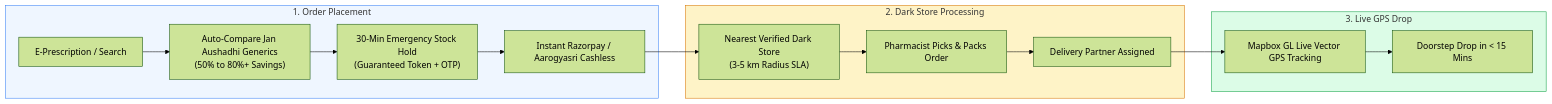
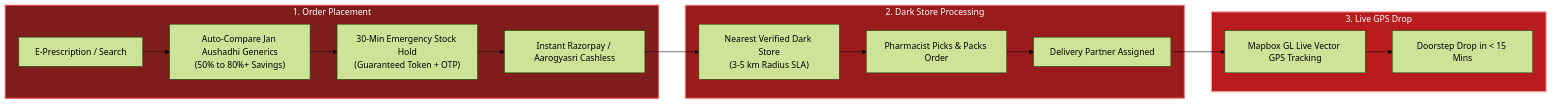
One commit to pavanstarkin-tech/sanjeevani-ai changed the seventh of 17 diagrams in README.md. Above: the diagram before and after it, drawn with Mermaid (forest theme). The commit also changed other lines of this file and 3 other files, not shown here.

Commit message:
fix(docs): resolve Mermaid parse errors and use high-contrast red boxes with white text

````diff
--- a/README.md
+++ b/README.md
@@ -471,23 +471,23 @@
 ```mermaid
 flowchart LR
     subgraph OrderPlacement["1. Order Placement"]
         Prescription["E-Prescription / Search"] --> JanAushadhi["Auto-Compare Jan Aushadhi Generics<br/>(50% to 80%+ Savings)"]
         JanAushadhi --> StockLock["30-Min Emergency Stock Hold<br/>(Guaranteed Token + OTP)"]
         StockLock --> Payment["Instant Razorpay / Aarogyasri Cashless"]
     end
 
     subgraph DarkStoreProcessing["2. Dark Store Processing"]
         Payment --> DarkStoreQueue["Nearest Verified Dark Store<br/>(3-5 km Radius SLA)"]
         DarkStoreQueue --> PickPack["Pharmacist Picks & Packs Order"]
         PickPack --> RiderAssign["Delivery Partner Assigned"]
     end
 
     subgraph LiveNavigation["3. Live GPS Drop"]
         RiderAssign --> MapboxGPS["Mapbox GL Live Vector GPS Tracking"]
         MapboxGPS --> Doorstep["Doorstep Drop in < 15 Mins"]
     end
 
-    style OrderPlacement fill:#EFF6FF,stroke:#3B82F6,stroke-width:1px
-    style DarkStoreProcessing fill:#FEF3C7,stroke:#D97706,stroke-width:1px
-    style LiveNavigation fill:#DCFCE7,stroke:#16A34A,stroke-width:1px
+    style OrderPlacement fill:#7F1D1D,color:#FFFFFF,stroke:#EF4444,stroke-width:2px
+    style DarkStoreProcessing fill:#991B1B,color:#FFFFFF,stroke:#F87171,stroke-width:2px
+    style LiveNavigation fill:#B91C1C,color:#FFFFFF,stroke:#FCA5A5,stroke-width:2px
 ```
````
